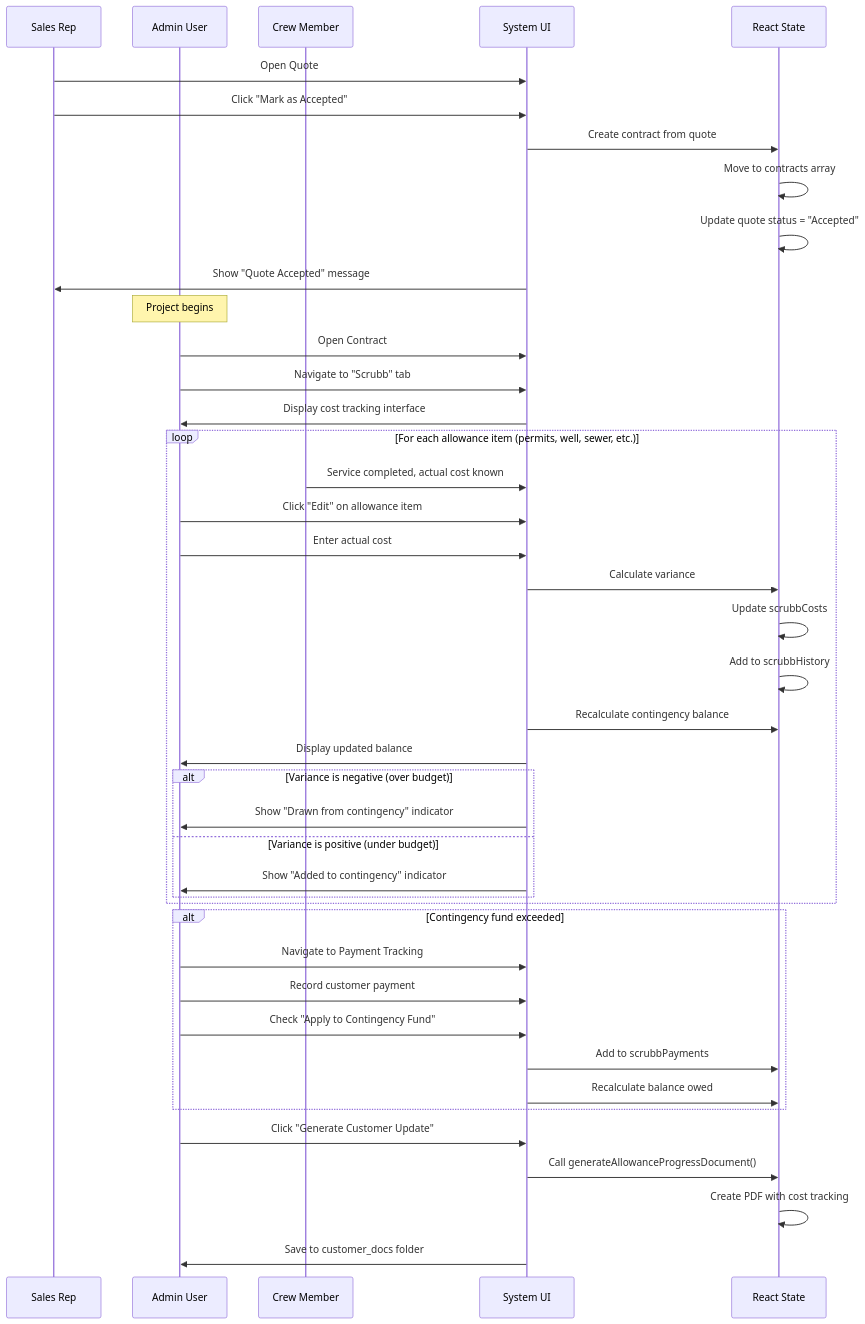
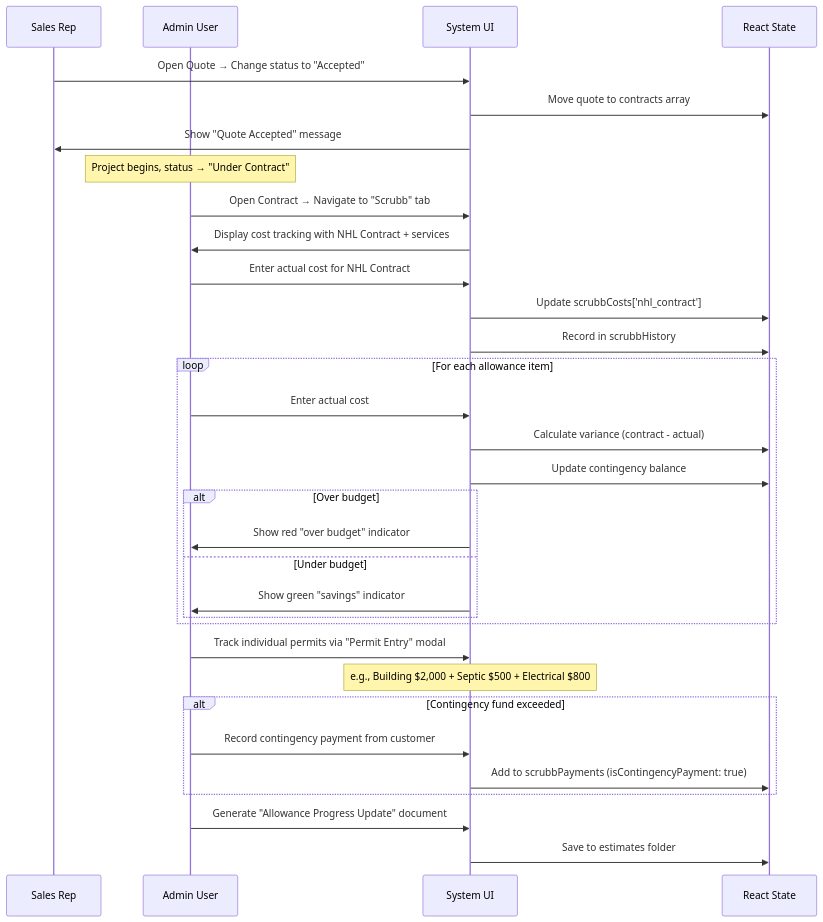
Before and after one commit to Isackelling/Modular-Bidding: the third of 4 diagrams in spec.md, drawn with Mermaid. The commit also changed other lines of this file and 8 other files, not shown here.

````diff
--- a/spec.md
+++ b/spec.md
@@ -618,51 +868,43 @@
 ```mermaid
 sequenceDiagram
     participant Sales as Sales Rep
     participant Admin as Admin User
-    participant Crew as Crew Member
     participant UI as System UI
     participant State as React State
 
-    Sales->>UI: Open Quote
-    Sales->>UI: Click "Mark as Accepted"
-    UI->>State: Create contract from quote
-    State->>State: Move to contracts array
-    State->>State: Update quote status = "Accepted"
+    Sales->>UI: Open Quote → Change status to "Accepted"
+    UI->>State: Move quote to contracts array
     UI->>Sales: Show "Quote Accepted" message
 
-    Note over Admin: Project begins
+    Note over Admin: Project begins, status → "Under Contract"
 
-    Admin->>UI: Open Contract
-    Admin->>UI: Navigate to "Scrubb" tab
-    UI->>Admin: Display cost tracking interface
+    Admin->>UI: Open Contract → Navigate to "Scrubb" tab
+    UI->>Admin: Display cost tracking with NHL Contract + services
 
-    loop For each allowance item (permits, well, sewer, etc.)
-        Crew->>UI: Service completed, actual cost known
-        Admin->>UI: Click "Edit" on allowance item
+    Admin->>UI: Enter actual cost for NHL Contract
+    UI->>State: Update scrubbCosts['nhl_contract']
+    UI->>State: Record in scrubbHistory
+
+    loop For each allowance item
         Admin->>UI: Enter actual cost
-        UI->>State: Calculate variance
-        State->>State: Update scrubbCosts
-        State->>State: Add to scrubbHistory
-        UI->>State: Recalculate contingency balance
-        UI->>Admin: Display updated balance
+        UI->>State: Calculate variance (contract - actual)
+        UI->>State: Update contingency balance
 
-        alt Variance is negative (over budget)
-            UI->>Admin: Show "Drawn from contingency" indicator
-        else Variance is positive (under budget)
-            UI->>Admin: Show "Added to contingency" indicator
+        alt Over budget
+            UI->>Admin: Show red "over budget" indicator
+        else Under budget
+            UI->>Admin: Show green "savings" indicator
         end
     end
 
+    Admin->>UI: Track individual permits via "Permit Entry" modal
+    Note over UI: e.g., Building $2,000 + Septic $500 + Electrical $800
+
     alt Contingency fund exceeded
-        Admin->>UI: Navigate to Payment Tracking
-        Admin->>UI: Record customer payment
-        Admin->>UI: Check "Apply to Contingency Fund"
-        UI->>State: Add to scrubbPayments
-        UI->>State: Recalculate balance owed
+        Admin->>UI: Record contingency payment from customer
+        UI->>State: Add to scrubbPayments (isContingencyPayment: true)
     end
 
-    Admin->>UI: Click "Generate Customer Update"
-    UI->>State: Call generateAllowanceProgressDocument()
-    State->>State: Create PDF with cost tracking
-    UI->>Admin: Save to customer_docs folder
+    Admin->>UI: Generate "Allowance Progress Update" document
+    UI->>State: Save to estimates folder
 ```
````
